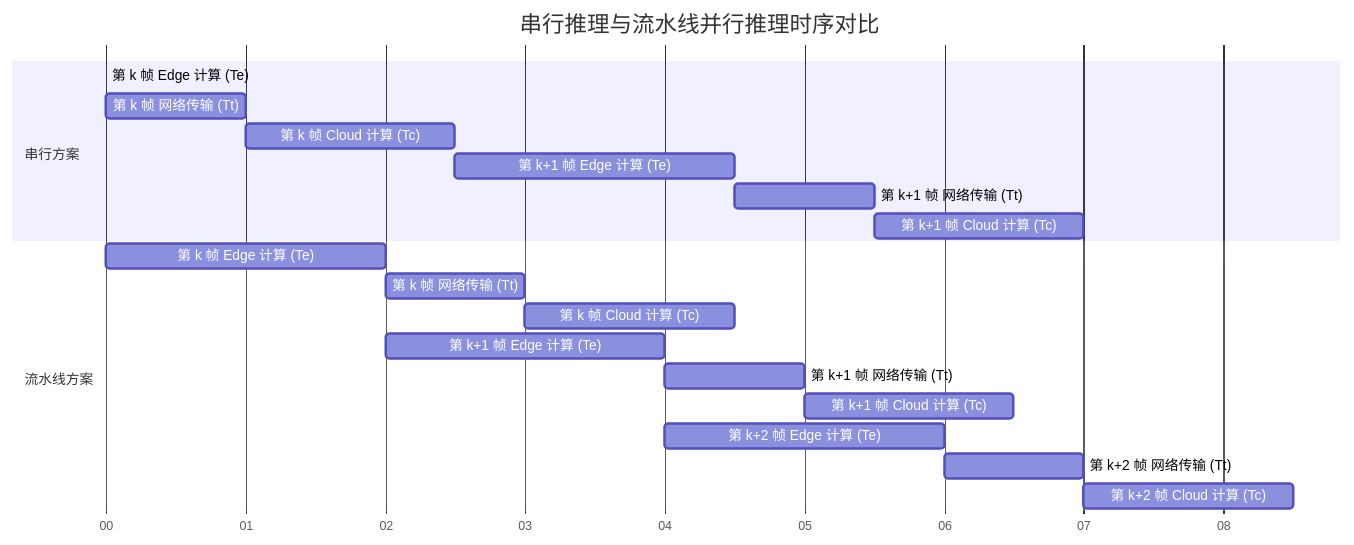
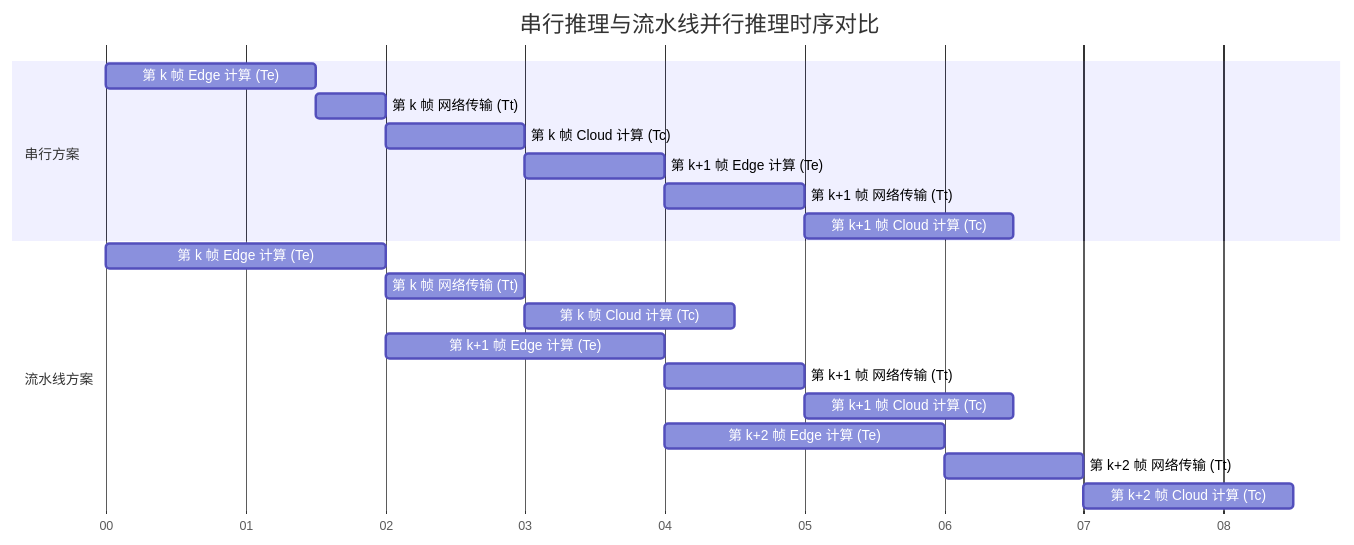
Before and after one commit to intmain-yy/iodraw-files: the diagram in all/未命名-1.md, drawn with Mermaid.

Commit message:
2026-02-28 13:47:11 update

````diff
--- a/all/未命名-1.md
+++ b/all/未命名-1.md
@@ -1,27 +1,27 @@
 ```mermaid
 gantt
     title 串行推理与流水线并行推理时序对比
     dateFormat  s
     axisFormat  %S
     
     section 串行方案
-    第 k 帧 Edge 计算 (Te)       :a1, 0, 1.s
-    第 k 帧 网络传输 (Tt)       :a2, after a1, 1s
-    第 k 帧 Cloud 计算 (Tc)      :a3, after a2, 1.5s
-    第 k+1 帧 Edge 计算 (Te)     :a4, after a3, 2s
+    第 k 帧 Edge 计算 (Te)       :a1, 0, 1.5s
+    第 k 帧 网络传输 (Tt)       :a2, after a1, 0.5s
+    第 k 帧 Cloud 计算 (Tc)      :a3, after a2, 1s
+    第 k+1 帧 Edge 计算 (Te)     :a4, after a3, 1s
     第 k+1 帧 网络传输 (Tt)     :a5, after a4, 1s
     第 k+1 帧 Cloud 计算 (Tc)    :a6, after a5, 1.5s
     
     section 流水线方案
     第 k 帧 Edge 计算 (Te)       :b1, 0, 2s
     第 k 帧 网络传输 (Tt)       :b2, after b1, 1s
     第 k 帧 Cloud 计算 (Tc)      :b3, after b2, 1.5s
     
     第 k+1 帧 Edge 计算 (Te)     :c1, 2, 2s
     第 k+1 帧 网络传输 (Tt)     :c2, after c1, 1s
     第 k+1 帧 Cloud 计算 (Tc)    :c3, after c2, 1.5s
     
     第 k+2 帧 Edge 计算 (Te)     :d1, 4, 2s
     第 k+2 帧 网络传输 (Tt)     :d2, after d1, 1s
     第 k+2 帧 Cloud 计算 (Tc)    :d3, after d2, 1.5s
 ```
````
